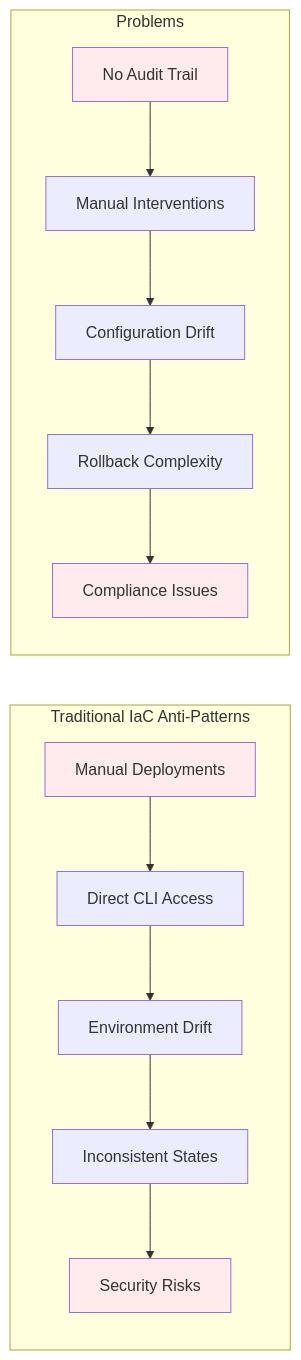
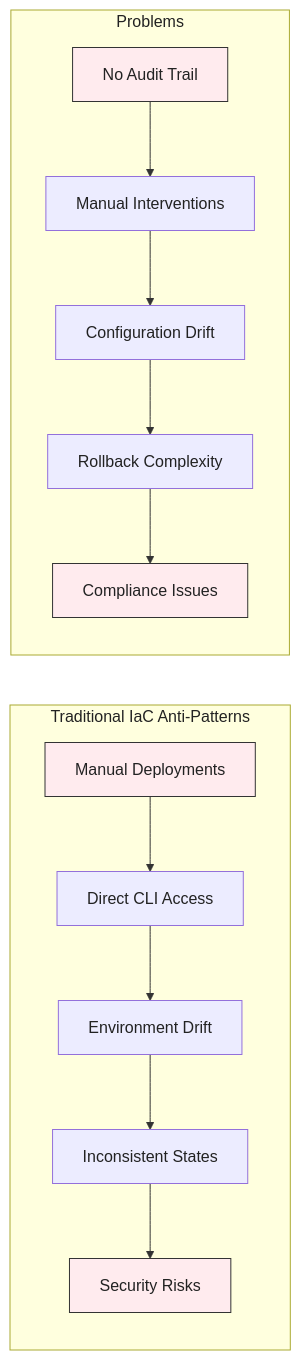
Before and after one commit to svenkatrav0408/ArgoCD-config: the second of 8 diagrams in GitOps_document.md, drawn with Mermaid. The commit also changed other lines of this file, not shown here.

````diff
--- a/GitOps_document.md
+++ b/GitOps_document.md
@@ -69,21 +70,22 @@
 ```mermaid
+%%{init: {'theme':'default', 'themeVariables': { 'background': '#ffffff', 'primaryColor': '#ffe0e0', 'edgeLabelBackground':'#fff', 'textColor':'#222'}} }%%
 graph LR
     subgraph "Traditional IaC Anti-Patterns"
         A[Manual Deployments] --> B[Direct CLI Access]
         B --> C[Environment Drift]
         C --> D[Inconsistent States]
         D --> E[Security Risks]
     end
-    
+
     subgraph "Problems"
         F[No Audit Trail] --> G[Manual Interventions]
         G --> H[Configuration Drift]
         H --> I[Rollback Complexity]
         I --> J[Compliance Issues]
     end
-    
-    style A fill:#ffebee
-    style E fill:#ffebee
-    style F fill:#ffebee
-    style J fill:#ffebee
+
+    style A fill:#ffebee,stroke:#333,stroke-width:1px
+    style E fill:#ffebee,stroke:#333,stroke-width:1px
+    style F fill:#ffebee,stroke:#333,stroke-width:1px
+    style J fill:#ffebee,stroke:#333,stroke-width:1px
 ```
````
